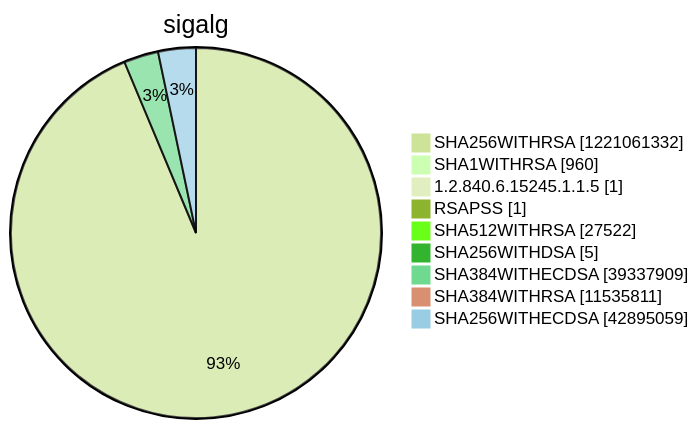
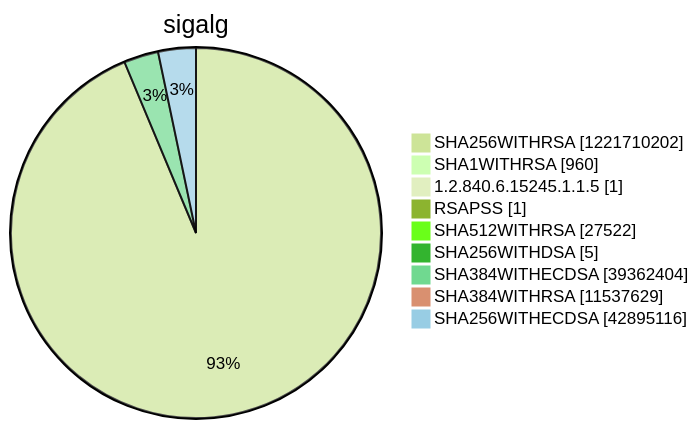
Before and after one commit to christiankrug/ctmonitor_visualization: diagram 15 of 15 in argon2022/README.md, drawn with Mermaid (forest theme). The commit also changed other lines of this file, not shown here.

````diff
--- a/argon2022/README.md
+++ b/argon2022/README.md
@@ -5521,13 +5521,13 @@
 ```mermaid
 pie showData
 title sigalg
-"SHA256WITHRSA" :1221061332
+"SHA256WITHRSA" :1221710202
 "SHA1WITHRSA" :960
 "1.2.840.6.15245.1.1.5" :1
 "RSAPSS" :1
 "SHA512WITHRSA" :27522
 "SHA256WITHDSA" :5
-"SHA384WITHECDSA" :39337909
-"SHA384WITHRSA" :11535811
-"SHA256WITHECDSA" :42895059
+"SHA384WITHECDSA" :39362404
+"SHA384WITHRSA" :11537629
+"SHA256WITHECDSA" :42895116
 ```
````
